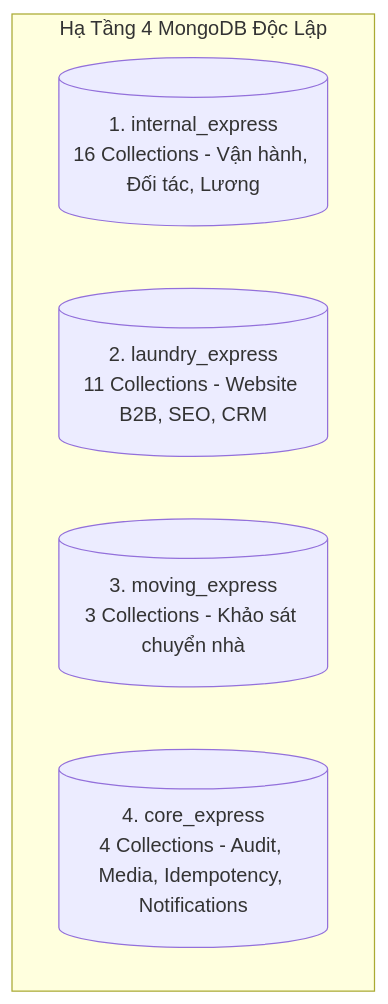
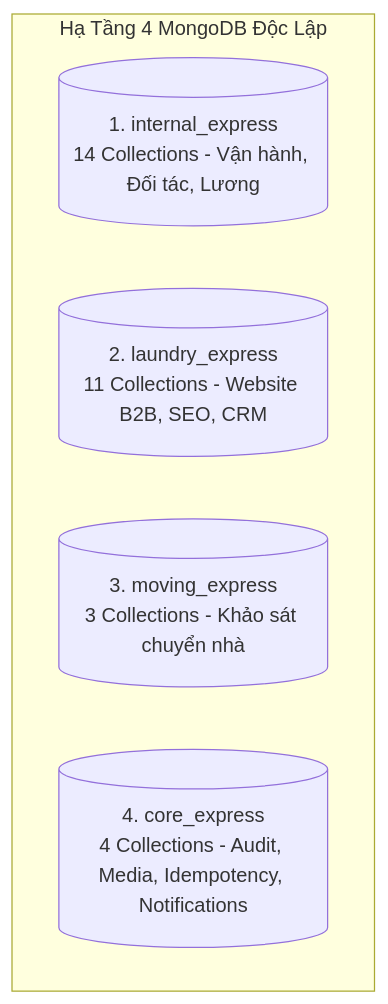
Before and after one commit to huyhoang011004/Project_Thanh_Xuan_Company: the first of 3 diagrams in .agents/docs/DATABASE_DICTIONARY.md, drawn with Mermaid. The commit also changed other lines of this file and 12 other files, not shown here.

````diff
--- a/.agents/docs/DATABASE_DICTIONARY.md
+++ b/.agents/docs/DATABASE_DICTIONARY.md
@@ -13,9 +13,9 @@
 ```mermaid
 graph TD
     subgraph Multi_Database_Topology ["Hạ Tầng 4 MongoDB Độc Lập"]
-        DB_Internal[("1. internal_express<br/>16 Collections - Vận hành, Đối tác, Lương")]
+        DB_Internal[("1. internal_express<br/>14 Collections - Vận hành, Đối tác, Lương")]
         DB_Laundry[("2. laundry_express<br/>11 Collections - Website B2B, SEO, CRM")]
         DB_Moving[("3. moving_express<br/>3 Collections - Khảo sát chuyển nhà")]
         DB_Core[("4. core_express<br/>4 Collections - Audit, Media, Idempotency, Notifications")]
     end
 ```
````
